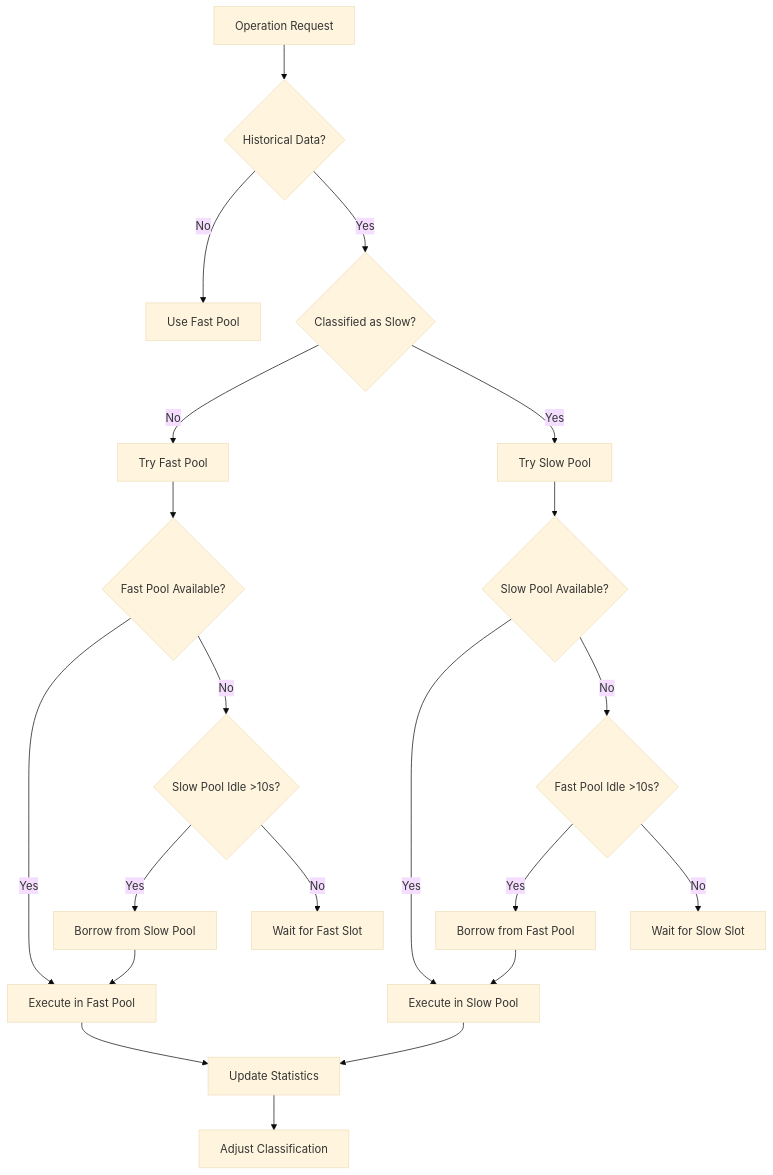
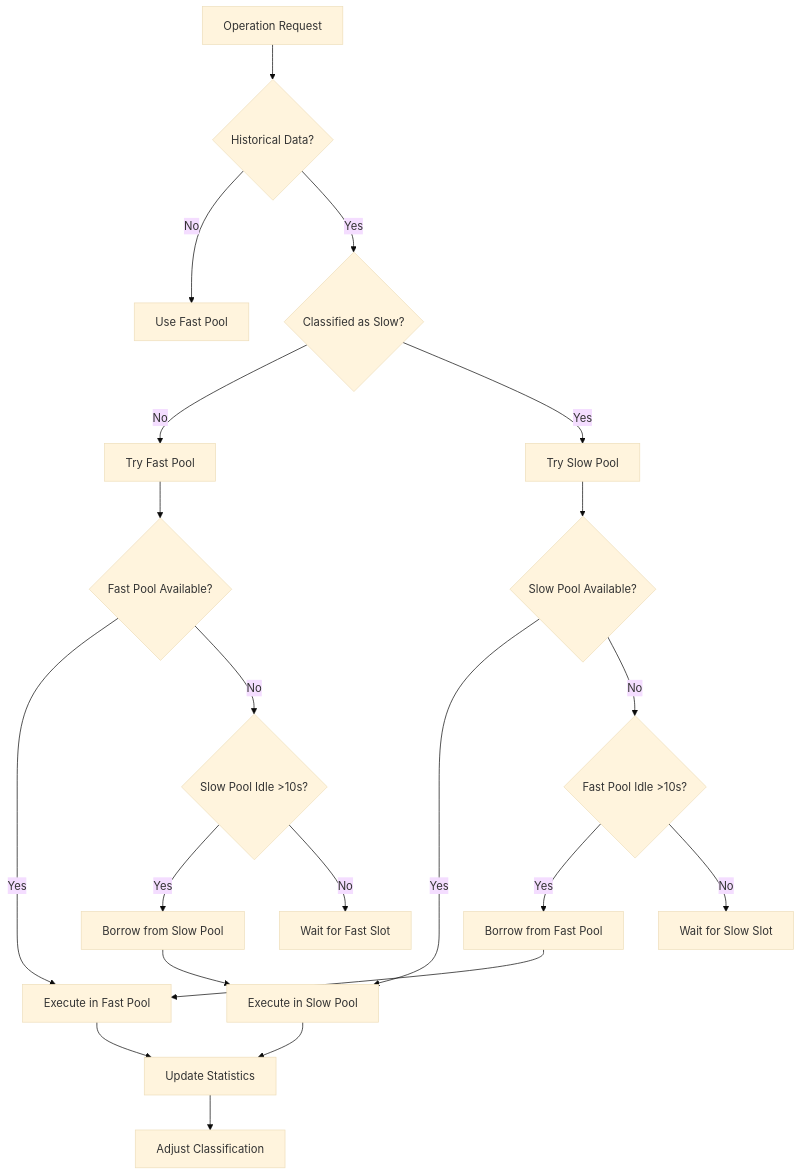
The sixth of 7 diagrams in documents/ebook/part2-chapter6-server-configuration.md (jenspapenhagen/ojp), drawn with Mermaid (base theme) before and after one commit. The commit also changed other lines of this file and 6 other files, not shown here.

````diff
--- a/documents/ebook/part2-chapter6-server-configuration.md
+++ b/documents/ebook/part2-chapter6-server-configuration.md
@@ -309,23 +304,23 @@
 ```mermaid
 graph TD
     A[Operation Request] --> B{Historical Data?}
     B -->|No| C[Use Fast Pool]
     B -->|Yes| D{Classified as Slow?}
     D -->|No| E[Try Fast Pool]
     D -->|Yes| F[Try Slow Pool]
     E --> G{Fast Pool Available?}
     F --> H{Slow Pool Available?}
     G -->|Yes| I[Execute in Fast Pool]
     G -->|No| J{Slow Pool Idle >10s?}
     H -->|Yes| K[Execute in Slow Pool]
     H -->|No| L{Fast Pool Idle >10s?}
     J -->|Yes| M[Borrow from Slow Pool]
     J -->|No| N[Wait for Fast Slot]
     L -->|Yes| O[Borrow from Fast Pool]
     L -->|No| P[Wait for Slow Slot]
-    M --> I
-    O --> K
+    M --> K
+    O --> I
     I --> Q[Update Statistics]
     K --> Q
     Q --> R[Adjust Classification]
 ```
````
